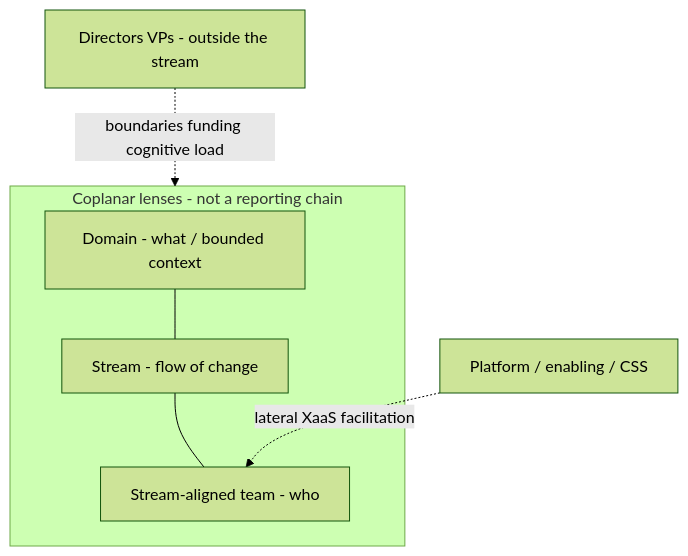
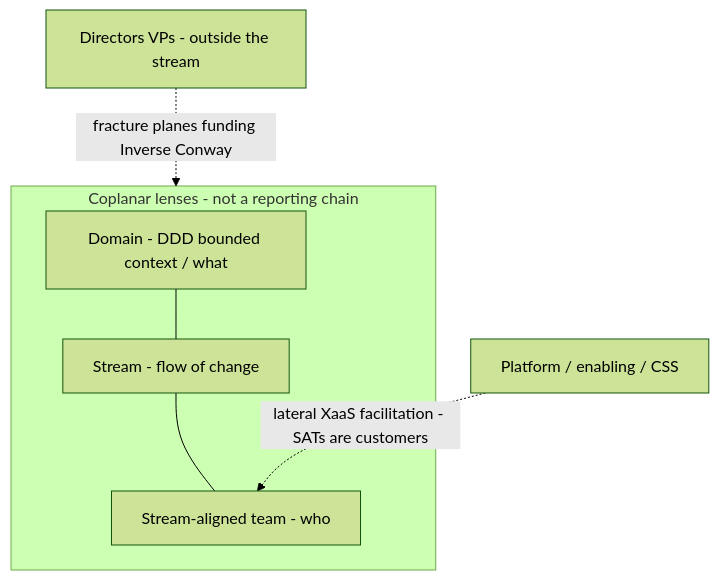
One commit to mzworthington/steerco changed the diagram in docs/ADRs/0008-domain-stream-team-coplanar-lenses.md. Above: the diagram before and after it, drawn with Mermaid (forest theme). The commit also changed other lines of this file and 19 other files, not shown here.

First line of the commit message:
feat: align SteerCo to DDD (Eric Evans) with leadership teaching

````diff
--- a/docs/ADRs/0008-domain-stream-team-coplanar-lenses.md
+++ b/docs/ADRs/0008-domain-stream-team-coplanar-lenses.md
@@ -48,14 +50,14 @@
 ```mermaid
 flowchart TB
   subgraph lenses [Coplanar lenses - not a reporting chain]
-    Domain[Domain - what / bounded context]
+    Domain[Domain - DDD bounded context / what]
     Stream[Stream - flow of change]
     Team[Stream-aligned team - who]
     Domain --- Stream
     Stream --- Team
   end
   Platform[Platform / enabling / CSS]
   Leadership[Directors VPs - outside the stream]
-  Platform -.->|lateral XaaS facilitation| Team
-  Leadership -.->|boundaries funding cognitive load| lenses
+  Platform -.->|lateral XaaS facilitation - SATs are customers| Team
+  Leadership -.->|fracture planes funding Inverse Conway| lenses
 ```
````
